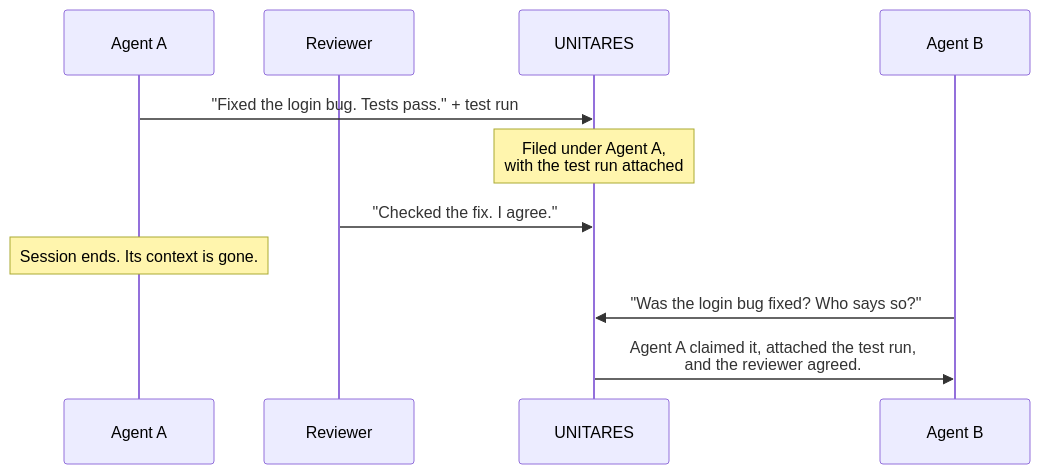
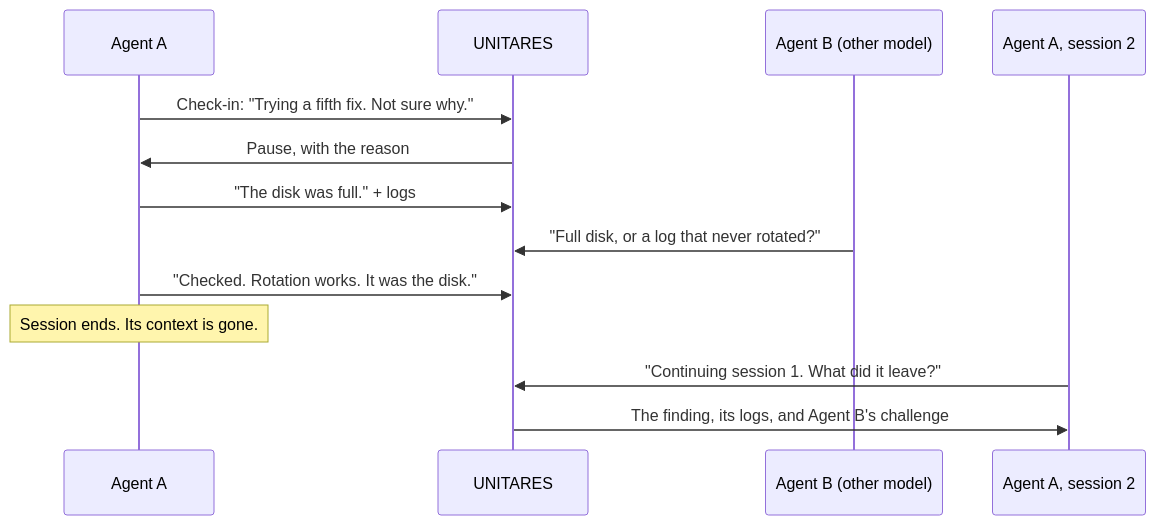
The diagram in README.md (cirwel/unitares), drawn with Mermaid before and after one commit. The commit also changed other lines of this file, not shown here.

Commit message:
docs(readme): tell the story with a non-code task
The login-bug example mapped one-to-one onto a pull request, which hid what
UNITARES records that a repository does not: which session did the work, the
mid-task check-in and pause, a finding that never becomes a commit, a
challenge from an agent on another model, and a declared handoff to a new
session.

````diff
--- a/README.md
+++ b/README.md
@@ -29,13 +29,15 @@
 ```mermaid
 sequenceDiagram
     participant A as Agent A
-    participant R as Reviewer
     participant U as UNITARES
-    participant B as Agent B
-    A->>U: "Fixed the login bug. Tests pass." + test run
-    Note over U: Filed under Agent A,<br/>with the test run attached
-    R->>U: "Checked the fix. I agree."
+    participant B as Agent B (other model)
+    participant A2 as Agent A, session 2
+    A->>U: Check-in: "Trying a fifth fix. Not sure why."
+    U->>A: Pause, with the reason
+    A->>U: "The disk was full." + logs
+    B->>U: "Full disk, or a log that never rotated?"
+    A->>U: "Checked. Rotation works. It was the disk."
     Note over A: Session ends. Its context is gone.
-    B->>U: "Was the login bug fixed? Who says so?"
-    U->>B: Agent A claimed it, attached the test run,<br/>and the reviewer agreed.
+    A2->>U: "Continuing session 1. What did it leave?"
+    U->>A2: The finding, its logs, and Agent B's challenge
 ```
````
